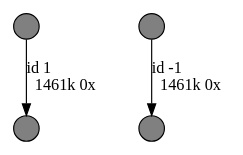
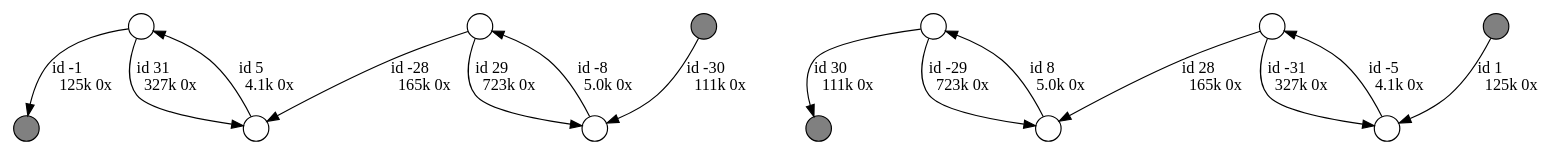
Before and after one commit to harisankarsadasivan/LORA: the diagram in data/flye_output/pylori_out/20-repeat/graph_raw.gv, drawn with Graphviz. The commit also changed 60 other files, not shown here.

Commit message:
add more sequences

```diff
--- a/data/flye_output/pylori_out/20-repeat/graph_raw.gv
+++ b/data/flye_output/pylori_out/20-repeat/graph_raw.gv
@@ -1,10 +1,22 @@
 digraph {
 nodesep = 0.5;
 node [shape = circle, label = "", height = 0.3];
 "0" [style = "filled", fillcolor = "grey"];
 "1" [style = "filled", fillcolor = "grey"];
 "2" [style = "filled", fillcolor = "grey"];
 "3" [style = "filled", fillcolor = "grey"];
-"3" -> "2" [label = "id -1\l1461k 0x", color = "black"] ;
-"1" -> "0" [label = "id 1\l1461k 0x", color = "black"] ;
+"5" -> "4" [label = "id -31\l327k 0x", color = "black"] ;
+"7" -> "6" [label = "id 31\l327k 0x", color = "black"] ;
+"8" -> "2" [label = "id 30\l111k 0x", color = "black"] ;
+"8" -> "9" [label = "id -29\l723k 0x", color = "black"] ;
+"11" -> "10" [label = "id 29\l723k 0x", color = "black"] ;
+"5" -> "9" [label = "id 28\l165k 0x", color = "black"] ;
+"7" -> "0" [label = "id -1\l125k 0x", color = "black"] ;
+"10" -> "11" [label = "id -8\l5.0k 0x", color = "black"] ;
+"9" -> "8" [label = "id 8\l5.0k 0x", color = "black"] ;
+"3" -> "4" [label = "id 1\l125k 0x", color = "black"] ;
+"4" -> "5" [label = "id -5\l4.1k 0x", color = "black"] ;
+"11" -> "6" [label = "id -28\l165k 0x", color = "black"] ;
+"1" -> "10" [label = "id -30\l111k 0x", color = "black"] ;
+"6" -> "7" [label = "id 5\l4.1k 0x", color = "black"] ;
 }
```
